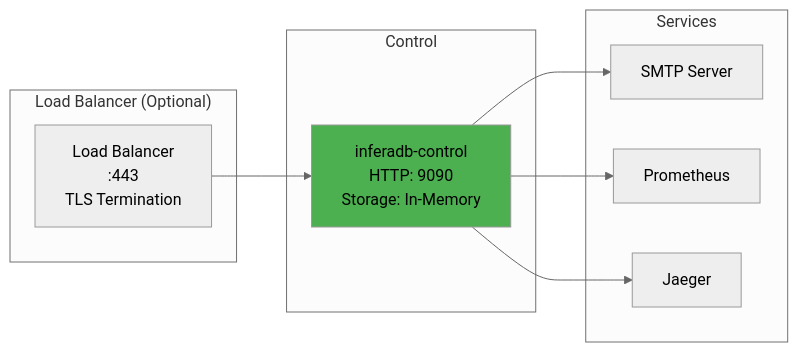
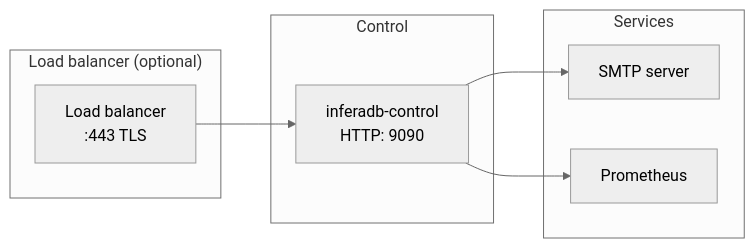
The second of 5 diagrams in docs/architecture.md (inferadb/control), drawn with Mermaid (neutral theme) before and after one commit. The commit also changed other lines of this file and 46 other files, not shown here.

````diff
--- a/docs/architecture.md
+++ b/docs/architecture.md
@@ -89,23 +95,19 @@
 ```mermaid
 graph LR
-    subgraph "Load Balancer (Optional)"
-        LB[Load Balancer<br/>:443<br/>TLS Termination]
+    subgraph "Load balancer (optional)"
+        LB[Load balancer<br/>:443 TLS]
     end
 
     subgraph "Control"
-        API[inferadb-control<br/>HTTP: 9090<br/>Storage: In-Memory]
+        API[inferadb-control<br/>HTTP: 9090]
     end
 
     subgraph "Services"
-        SMTP[SMTP Server]
+        SMTP[SMTP server]
         Prom[Prometheus]
-        Jaeger[Jaeger]
     end
 
     LB --> API
     API --> SMTP
     API --> Prom
-    API --> Jaeger
-
-    style API fill:#4CAF50
 ```
````
